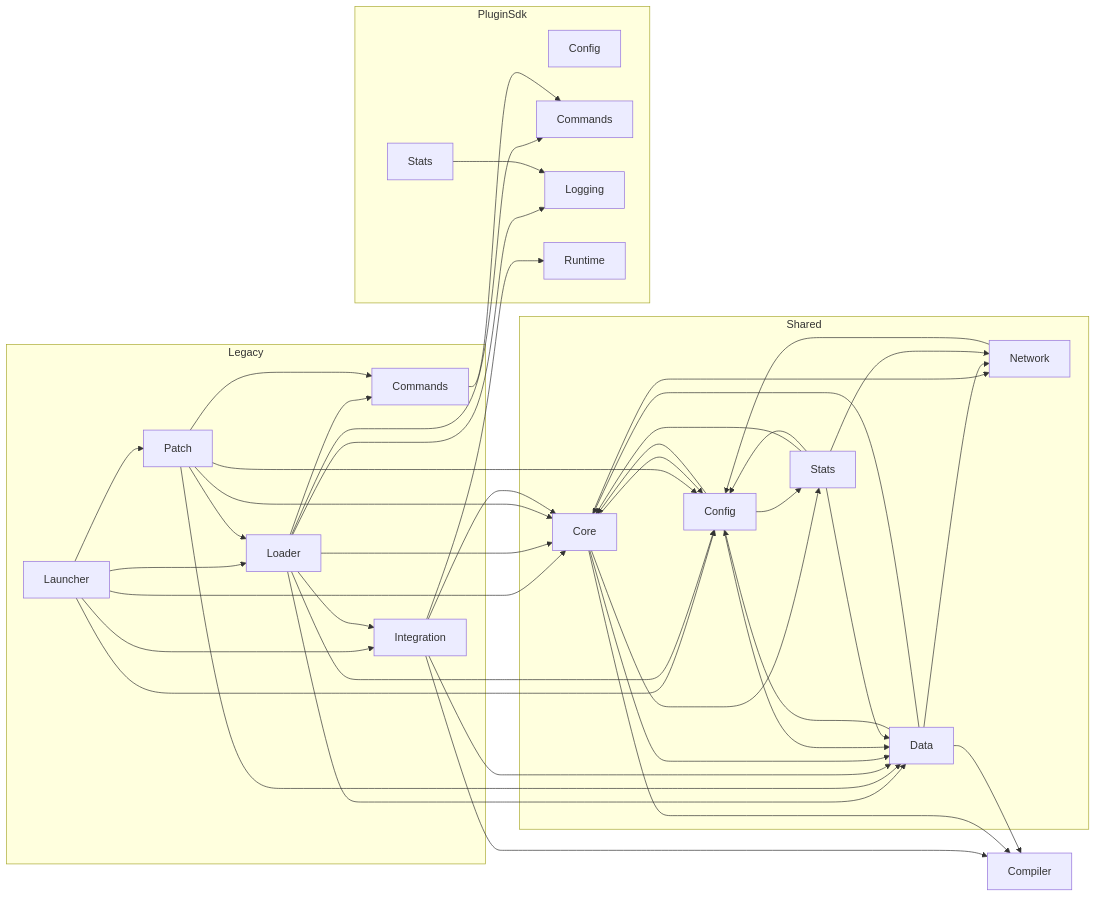
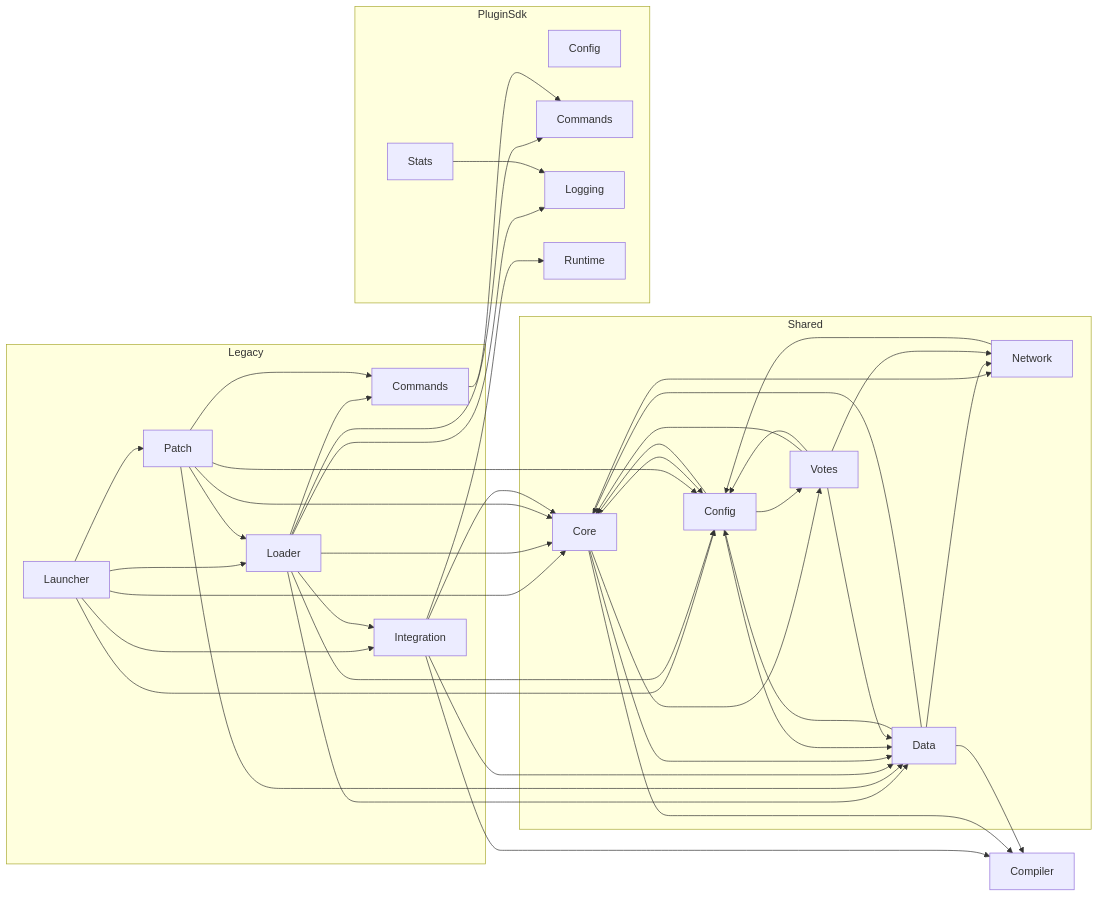
Before and after one commit to CometWorks/magnetar: the second of 2 diagrams in Docs/TOC.md, drawn with Mermaid. The commit also changed other lines of this file and 33 other files, not shown here.

````diff
--- a/Docs/TOC.md
+++ b/Docs/TOC.md
@@ -141,37 +141,37 @@
 ```mermaid
 graph LR
   subgraph Legacy
     Legacy_Launcher[Launcher]
     Legacy_Loader[Loader]
     Legacy_Patch[Patch]
     Legacy_Commands[Commands]
     Legacy_Integration[Integration]
   end
   subgraph Shared
     Shared_Core[Core]
     Shared_Data[Data]
     Shared_Config[Config]
     Shared_Network[Network]
-    Shared_Stats[Stats]
+    Shared_Votes[Votes]
   end
   subgraph PluginSdk
     PluginSdk_Config[Config]
     PluginSdk_Commands[Commands]
     PluginSdk_Logging[Logging]
     PluginSdk_Runtime[Runtime]
     PluginSdk_Stats[Stats]
   end
   Compiler[Compiler]
 
   Legacy_Launcher --> Legacy_Loader & Legacy_Patch & Legacy_Integration & Shared_Core & Shared_Config
   Legacy_Loader --> Legacy_Commands & Legacy_Integration & PluginSdk_Commands & PluginSdk_Logging & Shared_Core & Shared_Config & Shared_Data
   Legacy_Patch --> Legacy_Loader & Legacy_Commands & Shared_Core & Shared_Config & Shared_Data
   Legacy_Commands --> PluginSdk_Commands
   Legacy_Integration --> Compiler & PluginSdk_Runtime & Shared_Core & Shared_Data
-  Shared_Core --> Compiler & Shared_Config & Shared_Data & Shared_Network & Shared_Stats
+  Shared_Core --> Compiler & Shared_Config & Shared_Data & Shared_Network & Shared_Votes
   Shared_Data --> Compiler & Shared_Config & Shared_Core & Shared_Network
-  Shared_Config --> Shared_Core & Shared_Data & Shared_Stats
+  Shared_Config --> Shared_Core & Shared_Data & Shared_Votes
   Shared_Network --> Shared_Config
-  Shared_Stats --> Shared_Core & Shared_Config & Shared_Data & Shared_Network
+  Shared_Votes --> Shared_Core & Shared_Config & Shared_Data & Shared_Network
   PluginSdk_Stats --> PluginSdk_Logging
 ```
````
